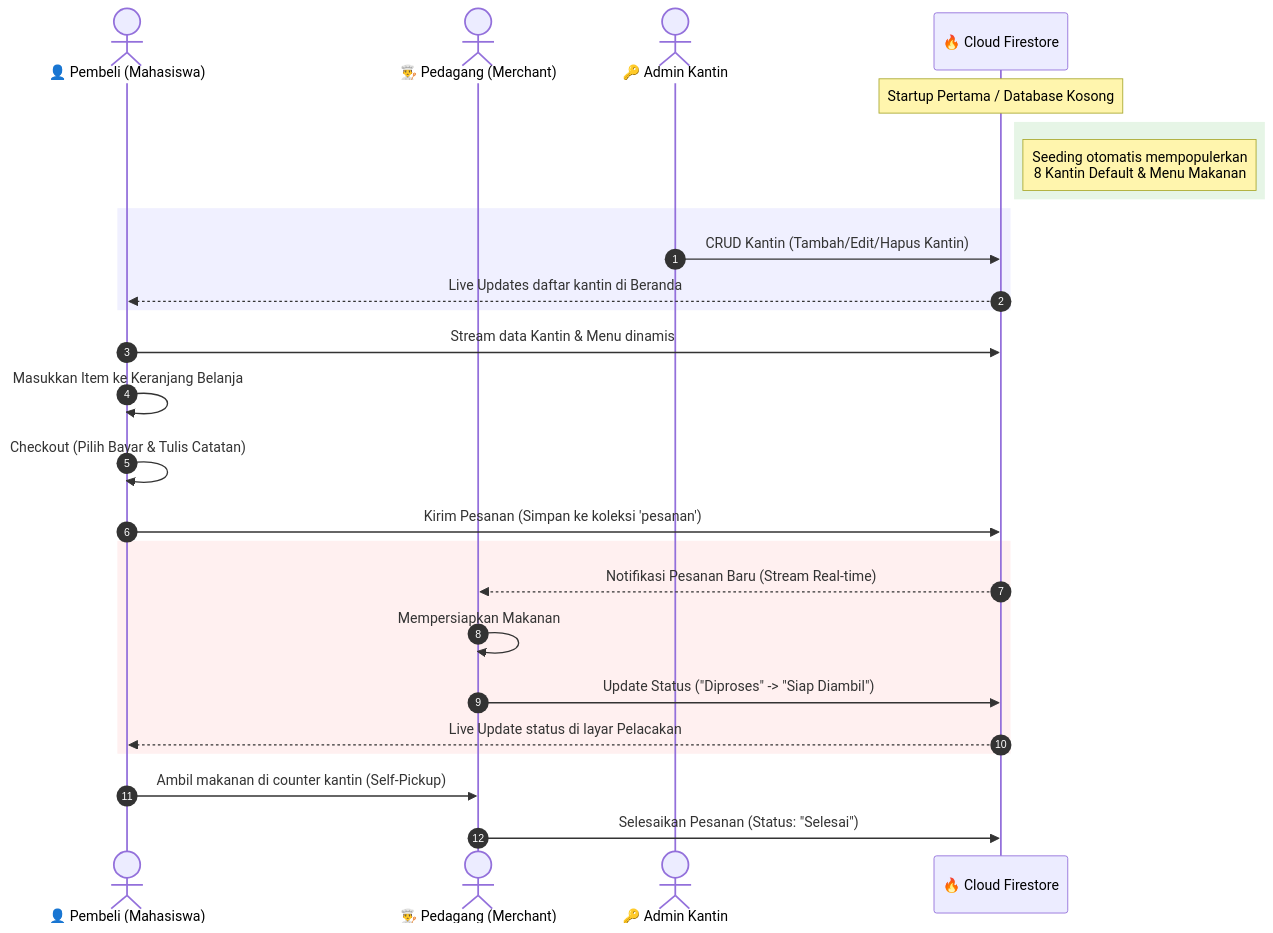
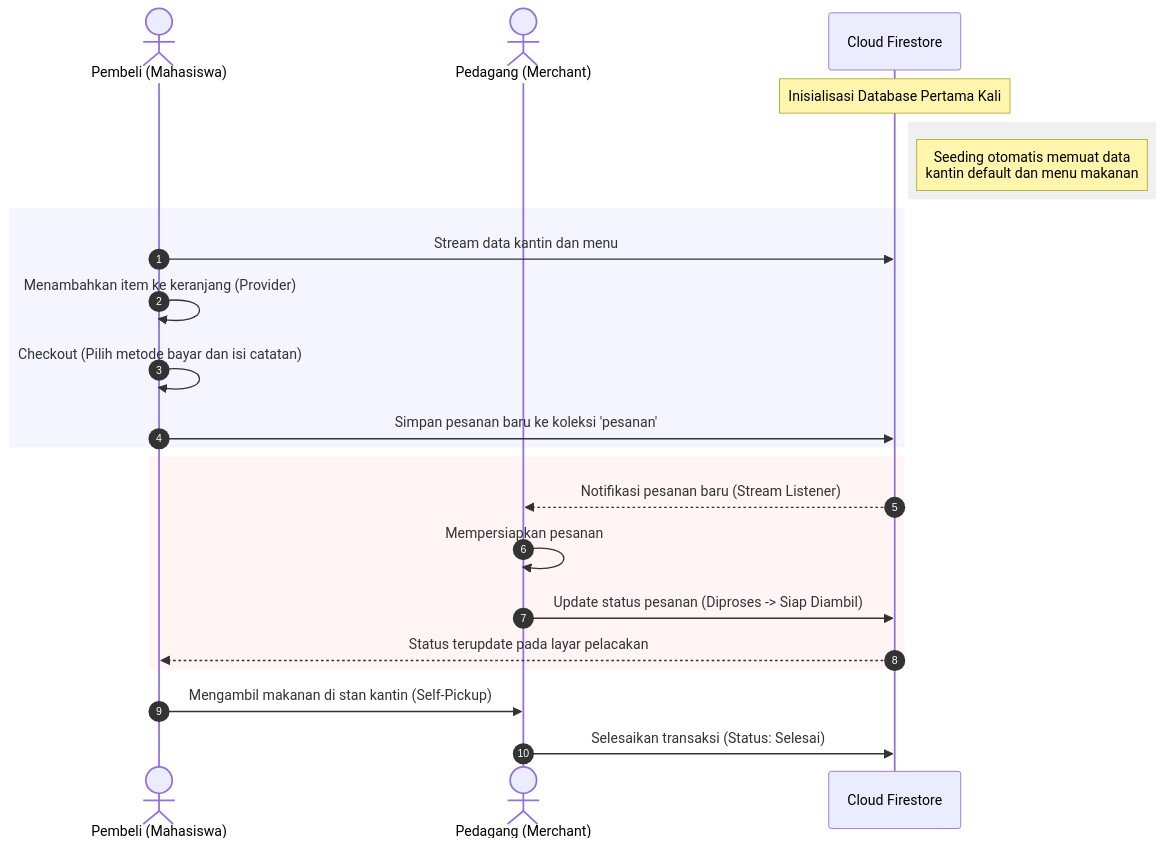
The diagram in README.md (ssyhadins8/Foodtrack-App), drawn with Mermaid before and after one commit. The commit also changed other lines of this file and 5806 other files, not shown here.

````diff
--- a/README.md
+++ b/README.md
@@ -28,36 +25,29 @@
 ```mermaid
 sequenceDiagram
     autonumber
-    actor Pembeli as 👤 Pembeli (Mahasiswa)
-    actor Pedagang as 👨‍🍳 Pedagang (Merchant)
-    actor Admin as 🔑 Admin Kantin
-    participant DB as 🔥 Cloud Firestore
+    actor Pembeli as Pembeli (Mahasiswa)
+    actor Pedagang as Pedagang (Merchant)
+    participant DB as Cloud Firestore
 
-    %% Alur Seeding Otomatis
-    Note over DB: Startup Pertama / Database Kosong
-    rect rgb(230, 245, 230)
-        Note right of DB: Seeding otomatis mempopulerkan<br/>8 Kantin Default & Menu Makanan
+    Note over DB: Inisialisasi Database Pertama Kali
+    rect rgb(240, 240, 240)
+        Note right of DB: Seeding otomatis memuat data<br/>kantin default dan menu makanan
     end
 
-    %% Alur CRUD Admin
-    rect rgb(240, 240, 255)
-        Admin->>DB: CRUD Kantin (Tambah/Edit/Hapus Kantin)
-        DB-->>Pembeli: Live Updates daftar kantin di Beranda
+    rect rgb(245, 245, 255)
+        Pembeli->>DB: Stream data kantin dan menu
+        Pembeli->>Pembeli: Menambahkan item ke keranjang (Provider)
+        Pembeli->>Pembeli: Checkout (Pilih metode bayar dan isi catatan)
+        Pembeli->>DB: Simpan pesanan baru ke koleksi 'pesanan'
+    end
+    
+    rect rgb(255, 245, 245)
+        DB-->>Pedagang: Notifikasi pesanan baru (Stream Listener)
+        Pedagang->>Pedagang: Mempersiapkan pesanan
+        Pedagang->>DB: Update status pesanan (Diproses -> Siap Diambil)
+        DB-->>Pembeli: Status terupdate pada layar pelacakan
     end
 
-    %% Alur Transaksi
-    Pembeli->>DB: Stream data Kantin & Menu dinamis
-    Pembeli->>Pembeli: Masukkan Item ke Keranjang Belanja
-    Pembeli->>Pembeli: Checkout (Pilih Bayar & Tulis Catatan)
-    Pembeli->>DB: Kirim Pesanan (Simpan ke koleksi 'pesanan')
-    
-    rect rgb(255, 240, 240)
-        DB-->>Pedagang: Notifikasi Pesanan Baru (Stream Real-time)
-        Pedagang->>Pedagang: Mempersiapkan Makanan
-        Pedagang->>DB: Update Status ("Diproses" -> "Siap Diambil")
-        DB-->>Pembeli: Live Update status di layar Pelacakan
-    end
-
-    Pembeli->>Pedagang: Ambil makanan di counter kantin (Self-Pickup)
-    Pedagang->>DB: Selesaikan Pesanan (Status: "Selesai")
+    Pembeli->>Pedagang: Mengambil makanan di stan kantin (Self-Pickup)
+    Pedagang->>DB: Selesaikan transaksi (Status: Selesai)
 ```
````
